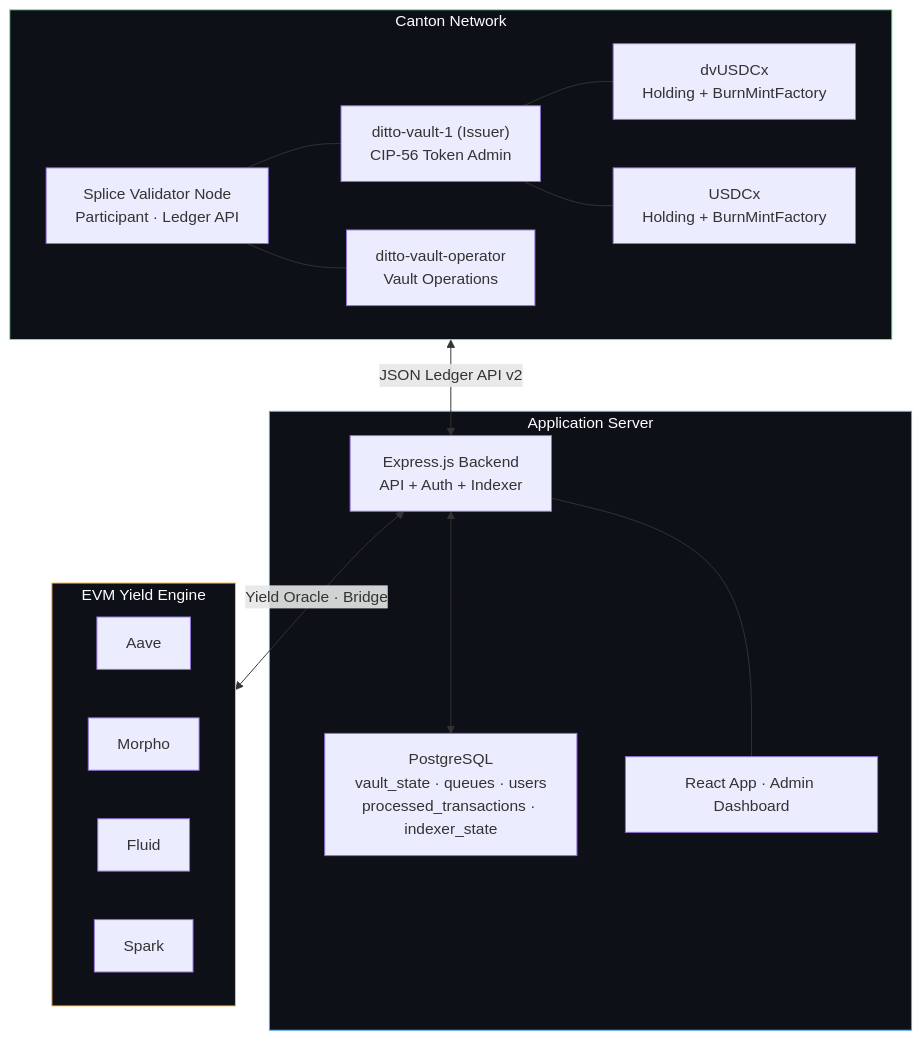
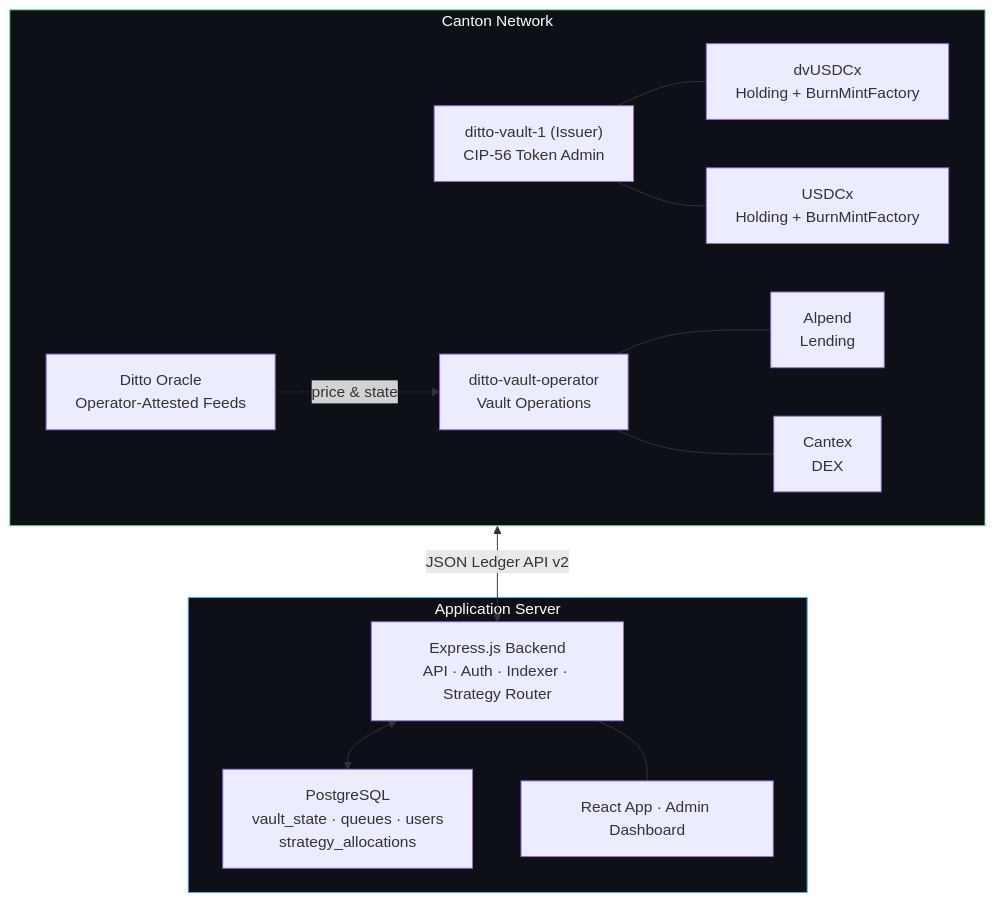
The first of 2 diagrams in README.md (dittonetwork/ditto-ccvault), drawn with Mermaid before and after one commit. The commit also changed other lines of this file and 2 other files, not shown here.

First line of the commit message:
Pivot public docs to Canton-native multi-vault platform

````diff
--- a/README.md
+++ b/README.md
@@ -17,37 +21,30 @@
 ```mermaid
 flowchart TB
     subgraph Canton["Canton Network"]
-        P["Splice Validator Node\nParticipant · Ledger API"]
-        ISS["ditto-vault-1 (Issuer)\nCIP-56 Token Admin"]
-        OP["ditto-vault-operator\nVault Operations"]
-        DV["dvUSDCx\nHolding + BurnMintFactory"]
-        UX["USDCx\nHolding + BurnMintFactory"]
-        P --- ISS
-        P --- OP
+        ISS["ditto-vault-1 (Issuer)<br/>CIP-56 Token Admin"]
+        OP["ditto-vault-operator<br/>Vault Operations"]
+        DV["dvUSDCx<br/>Holding + BurnMintFactory"]
+        UX["USDCx<br/>Holding + BurnMintFactory"]
+        ALPEND["Alpend<br/>Lending"]
+        CANTEX["Cantex<br/>DEX"]
+        ORACLE["Ditto Oracle<br/>Operator-Attested Feeds"]
         ISS --- DV
         ISS --- UX
+        OP --- ALPEND
+        OP --- CANTEX
+        ORACLE -. price &amp; state .-> OP
     end
 
     subgraph App["Application Server"]
-        BE["Express.js Backend\nAPI + Auth + Indexer"]
-        DB["PostgreSQL\nvault_state · queues · users\nprocessed_transactions · indexer_state"]
+        BE["Express.js Backend<br/>API · Auth · Indexer · Strategy Router"]
+        DB["PostgreSQL<br/>vault_state · queues · users<br/>strategy_allocations"]
         UI["React App · Admin Dashboard"]
         BE <--> DB
         BE --- UI
     end
 
-    subgraph EVM["EVM Yield Engine"]
-        direction LR
-        Aave
-        Morpho
-        Fluid
-        Spark
-    end
-
     Canton <-->|"JSON Ledger API v2"| BE
-    BE <-->|"Yield Oracle · Bridge"| EVM
 
     style Canton fill:#0d1117,stroke:#7ae99d,color:#fff
     style App fill:#0d1117,stroke:#4dabf7,color:#fff
-    style EVM fill:#0d1117,stroke:#ffb84d,color:#fff
 ```
````
